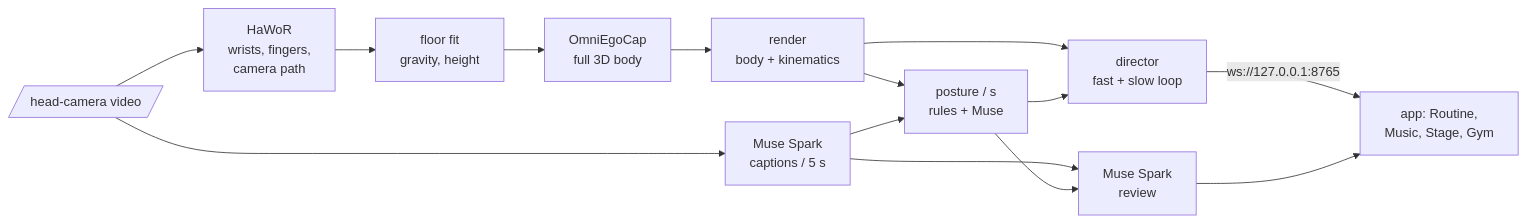
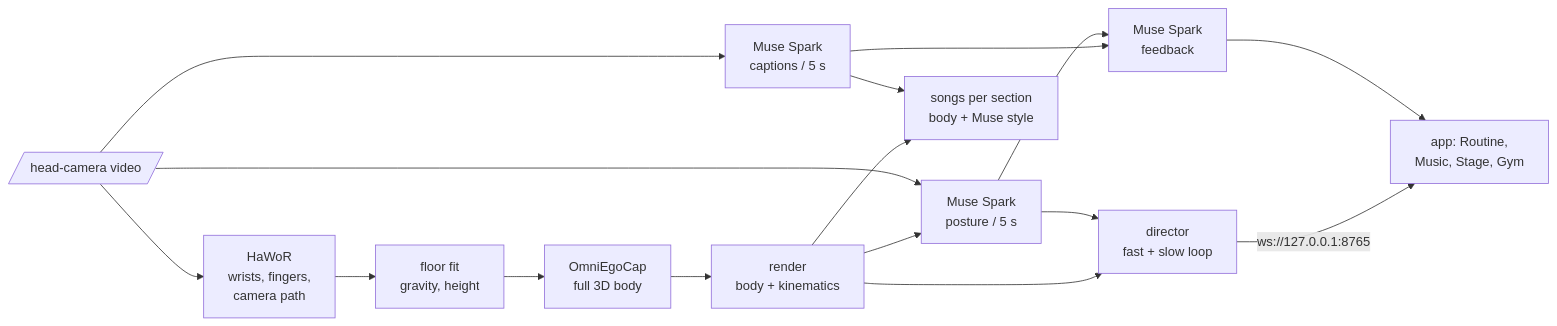
Before and after one commit to nshreyasvi/LifeLens: the diagram in README.md, drawn with Mermaid. The commit also changed other lines of this file and 95 other files, not shown here.

````diff
--- a/README.md
+++ b/README.md
@@ -124,13 +128,14 @@
 ```mermaid
 flowchart LR
   V[/head-camera video/] --> H[HaWoR<br/>wrists, fingers,<br/>camera path]
   H --> F[floor fit<br/>gravity, height]
   F --> O[OmniEgoCap<br/>full 3D body]
   O --> R[render<br/>body + kinematics]
   V --> M[Muse Spark<br/>captions / 5 s]
-  R & M --> I[posture / s<br/>rules + Muse]
-  M & I --> T[Muse Spark<br/>review]
+  R & V --> I[Muse Spark<br/>posture / 5 s]
+  M & I --> T[Muse Spark<br/>feedback]
+  R & M --> S[songs per section<br/>body + Muse style]
   R & I --> D[director<br/>fast + slow loop]
   D -->|ws://127.0.0.1:8765| UI[app: Routine,<br/>Music, Stage, Gym]
   T --> UI
 ```
````
